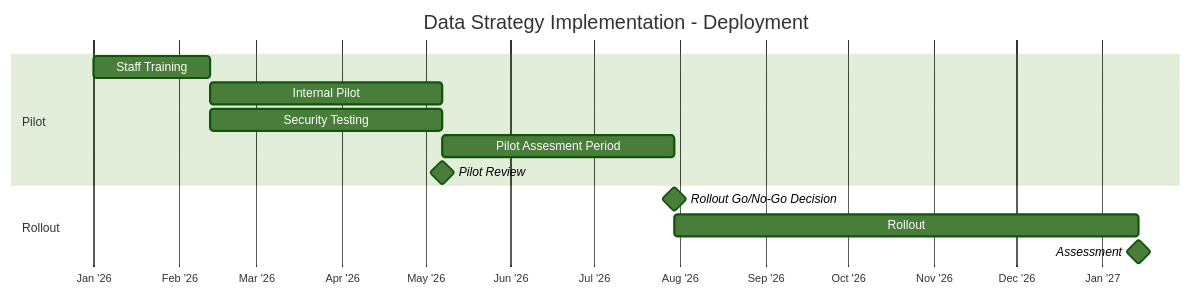
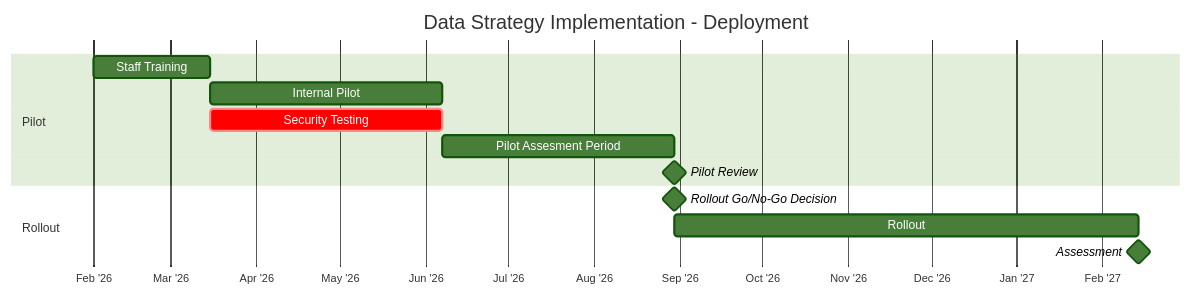
One commit to robertsweetman/data-strategy-presentation changed the second of 2 diagrams in src/slide_5_5.md. Above: the diagram before and after it, drawn with Mermaid (forest theme). The commit also changed other lines of this file and 3 other files, not shown here.

````diff
--- a/src/slide_5_5.md
+++ b/src/slide_5_5.md
@@ -118,19 +118,19 @@
 ```mermaid
 gantt
     title Data Strategy Implementation - Deployment
     dateFormat YYYY-MM-DD
     axisFormat %b '%y
     tickInterval 1month
     
     section Pilot
-    Staff Training   :a1, 2026-01-01, 6w
+    Staff Training   :a1, 2026-02-01, 6w
     Internal Pilot   :a2, after a1, 12w
-    Security Testing :a3, after a1, 12w
+    Security Testing :crit, a3, after a1, 12w
     Pilot Assesment Period: a4, after a3, 12w
-    Pilot Review     :milestone, a5, after a3, 0d
+    Pilot Review     :milestone, a5, after a4, 0d
     
     section Rollout
     Rollout Go/No-Go Decision :milestone, a6, after a4, 0d
     Rollout      :a7, after a6, 24w
     Assessment   :milestone, after a7, 0d
 ```
````
